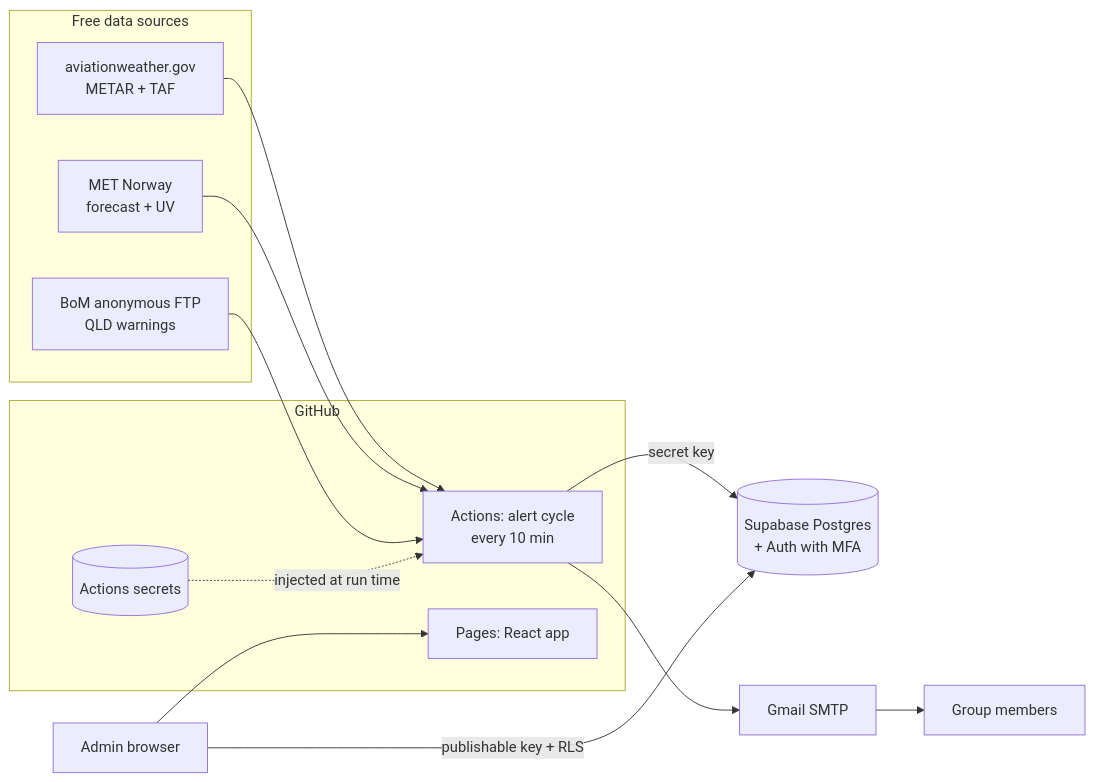
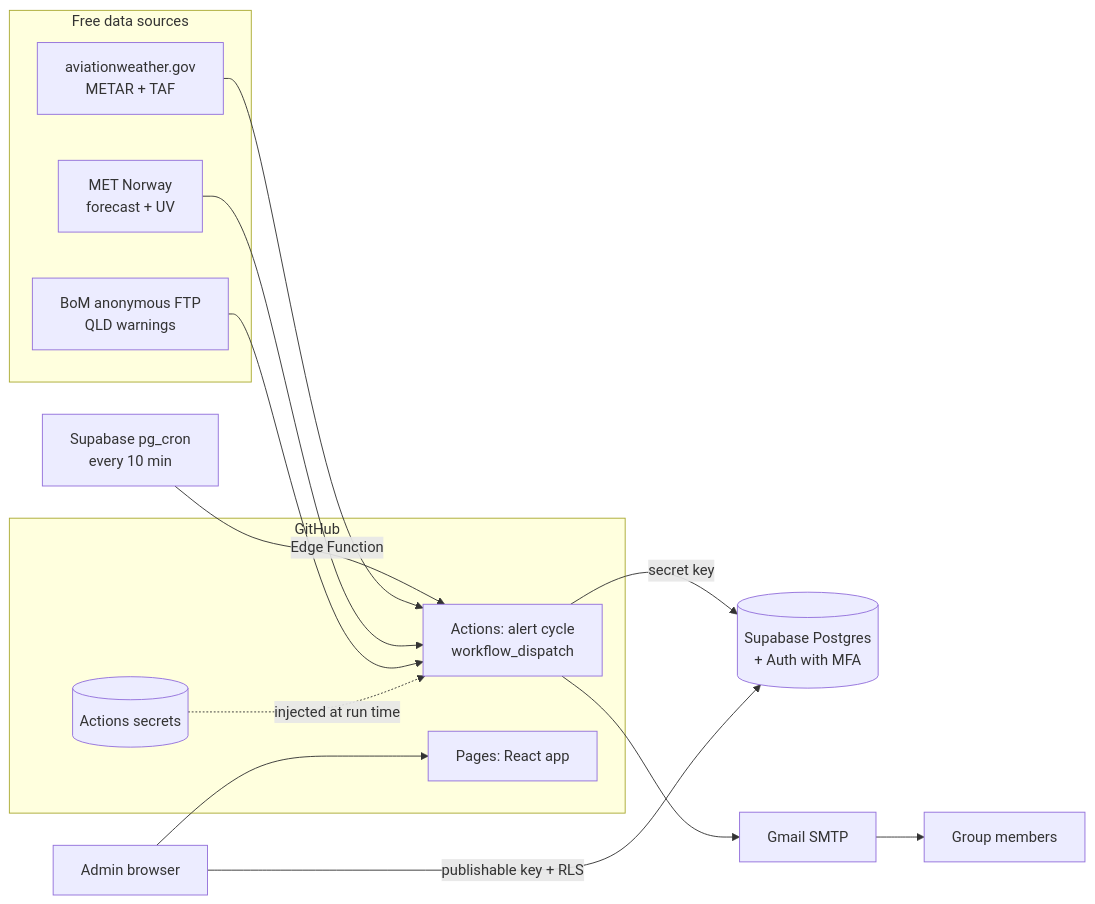
One commit to tom-bakker/brisbane-weather-alert-app changed the diagram in README.md. Above: the diagram before and after it, drawn with Mermaid. The commit also changed 5 other files, not shown here.

First line of the commit message:
Run the alert cycle from Supabase pg_cron instead of GitHub's schedule

````diff
--- a/README.md
+++ b/README.md
@@ -25,23 +25,24 @@
 ```mermaid
 flowchart LR
   subgraph Free data sources
     AWC[aviationweather.gov<br/>METAR + TAF]
     MET[MET Norway<br/>forecast + UV]
     BOM[BoM anonymous FTP<br/>QLD warnings]
   end
   subgraph GitHub
-    JOB[Actions: alert cycle<br/>every 10 min]
+    JOB[Actions: alert cycle<br/>workflow_dispatch]
     PAGES[Pages: React app]
     SEC[(Actions secrets)]
   end
   DB[(Supabase Postgres<br/>+ Auth with MFA)]
+  CRON[Supabase pg_cron<br/>every 10 min] -->|Edge Function| JOB
   GMAIL[Gmail SMTP]
   U[Admin browser]
 
   AWC & MET & BOM --> JOB
   SEC -. injected at run time .-> JOB
   JOB -->|secret key| DB
   JOB --> GMAIL --> R[Group members]
   U --> PAGES
   U -->|publishable key + RLS| DB
 ```
````
